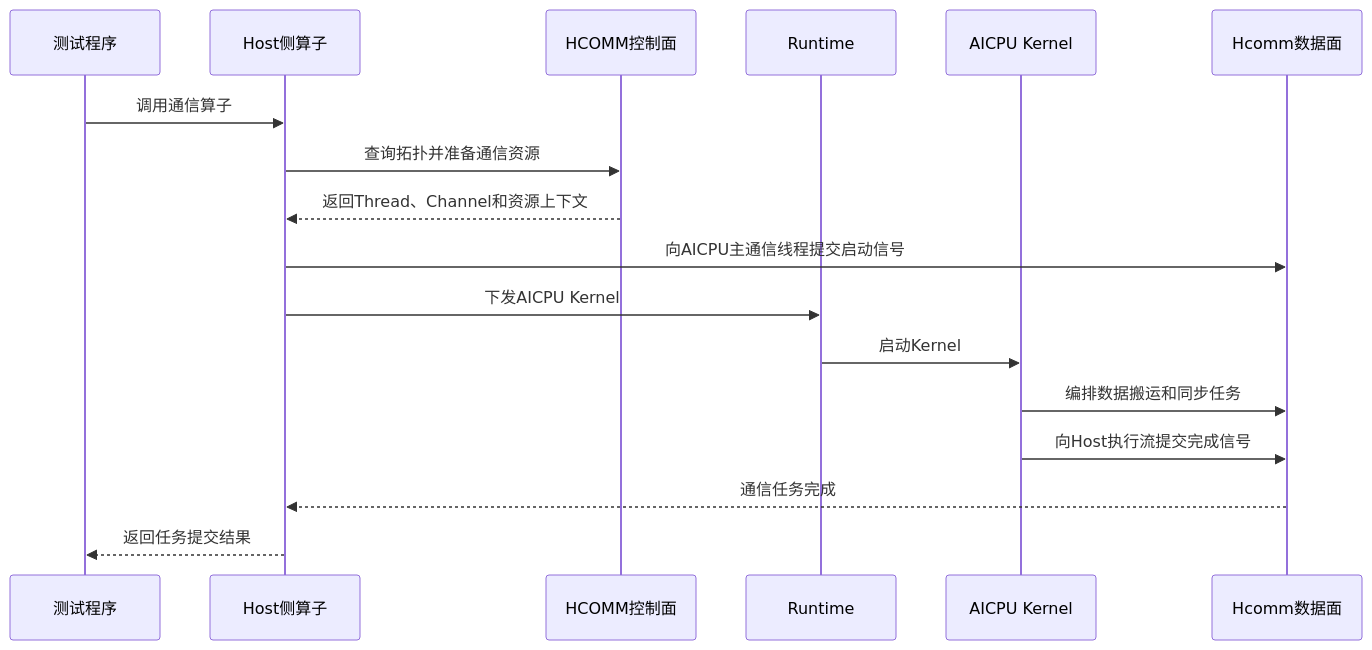
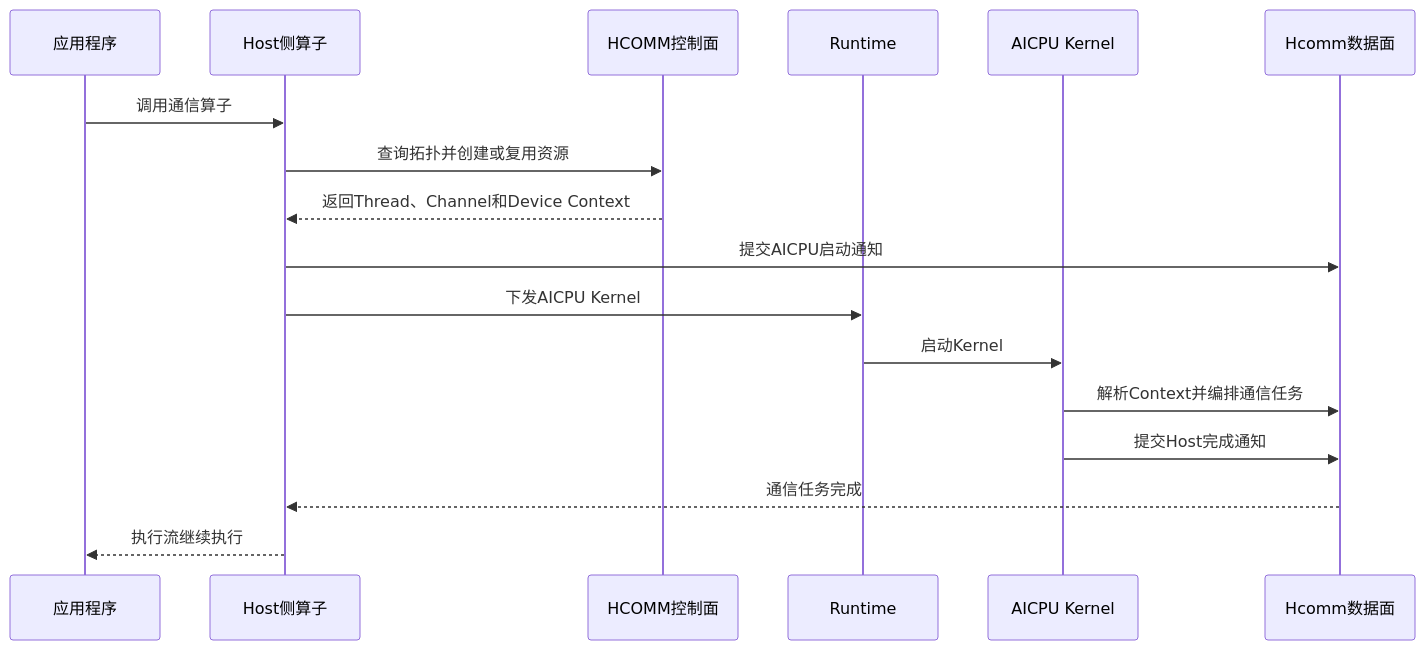
The diagram in docs/zh/算子实现/直驱/Hcomm算子的实现.md (Atlas-Ascend-Fork/asc-comm), drawn with Mermaid before and after one commit. The commit also changed other lines of this file, not shown here.

````diff
--- a/docs/zh/算子实现/直驱/Hcomm算子的实现.md
+++ b/docs/zh/算子实现/直驱/Hcomm算子的实现.md
@@ -48,20 +11,20 @@
 ```mermaid
 sequenceDiagram
-    participant App as 测试程序
+    participant App as 应用程序
     participant Host as Host侧算子
     participant Ctrl as HCOMM控制面
     participant Runtime as Runtime
     participant Kernel as AICPU Kernel
     participant Data as Hcomm数据面
 
     App->>Host: 调用通信算子
-    Host->>Ctrl: 查询拓扑并准备通信资源
-    Ctrl-->>Host: 返回Thread、Channel和资源上下文
-    Host->>Data: 向AICPU主通信线程提交启动信号
+    Host->>Ctrl: 查询拓扑并创建或复用资源
+    Ctrl-->>Host: 返回Thread、Channel和Device Context
+    Host->>Data: 提交AICPU启动通知
     Host->>Runtime: 下发AICPU Kernel
     Runtime->>Kernel: 启动Kernel
-    Kernel->>Data: 编排数据搬运和同步任务
-    Kernel->>Data: 向Host执行流提交完成信号
+    Kernel->>Data: 解析Context并编排通信任务
+    Kernel->>Data: 提交Host完成通知
     Data-->>Host: 通信任务完成
-    Host-->>App: 返回任务提交结果
+    Host-->>App: 执行流继续执行
 ```
````
